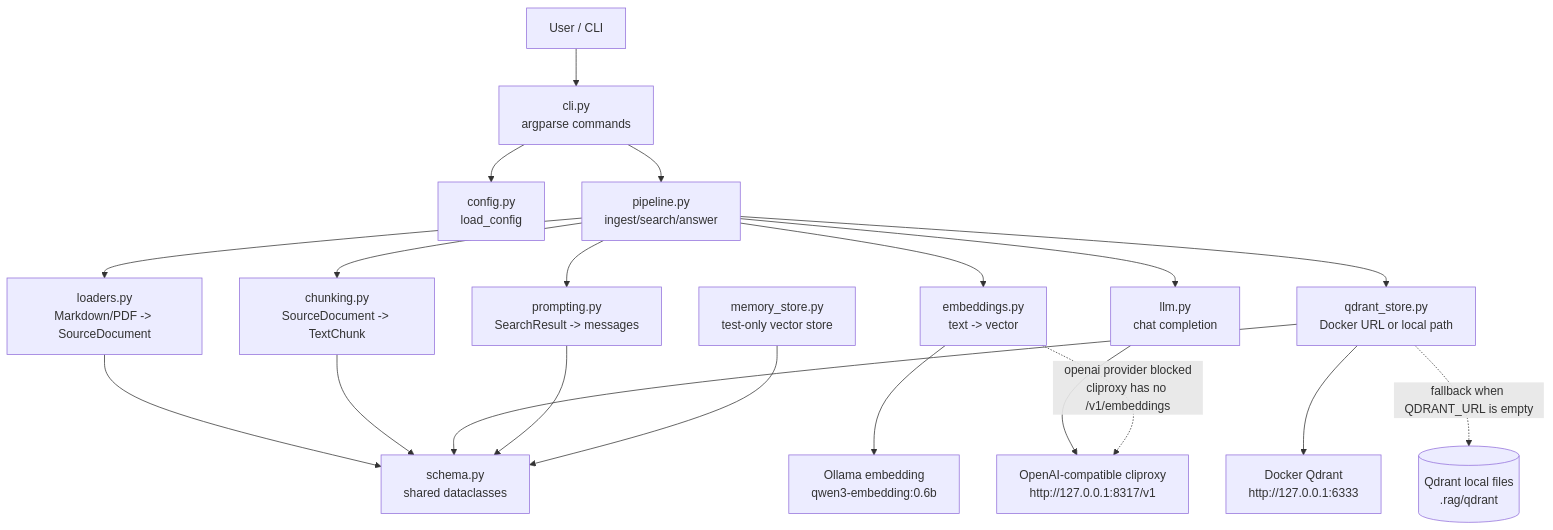
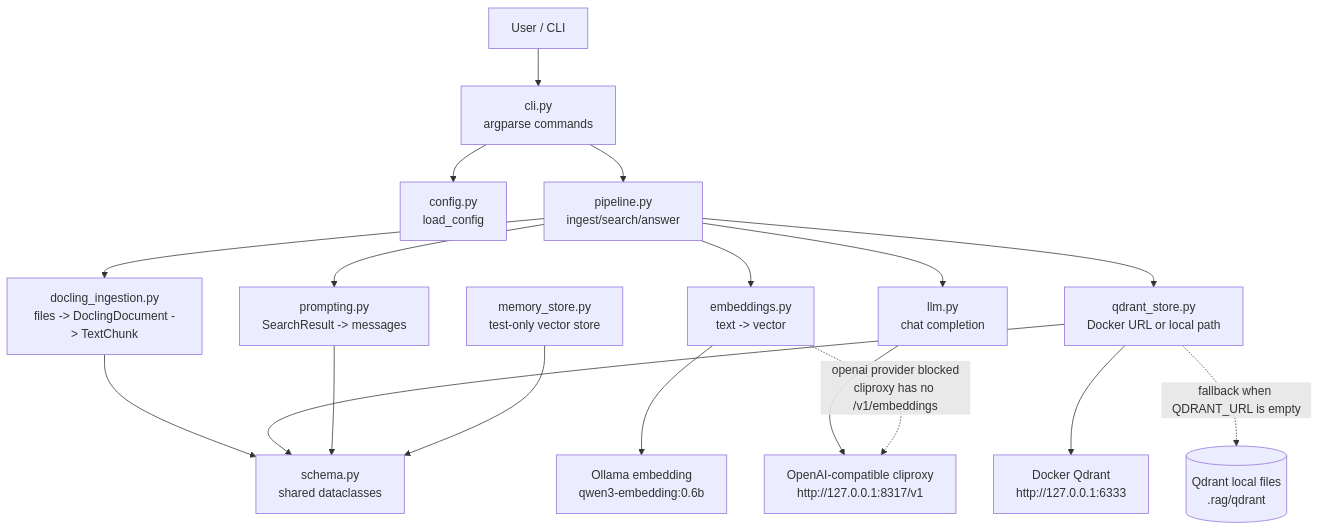
One commit to bighamD/obsidian-rag changed the second of 6 diagrams in docs/obsidian-rag-code-guide.md. Above: the diagram before and after it, drawn with Mermaid. The commit also changed other lines of this file and 35 other files, not shown here.

````diff
--- a/docs/obsidian-rag-code-guide.md
+++ b/docs/obsidian-rag-code-guide.md
@@ -105,25 +102,23 @@
 ```mermaid
 flowchart TB
     User["User / CLI"] --> CLI["cli.py<br/>argparse commands"]
     CLI --> Config["config.py<br/>load_config"]
     CLI --> Pipeline["pipeline.py<br/>ingest/search/answer"]
 
-    Pipeline --> Loaders["loaders.py<br/>Markdown/PDF -> SourceDocument"]
-    Pipeline --> Chunking["chunking.py<br/>SourceDocument -> TextChunk"]
+    Pipeline --> Docling["docling_ingestion.py<br/>files -> DoclingDocument -> TextChunk"]
     Pipeline --> Embeddings["embeddings.py<br/>text -> vector"]
     Pipeline --> Store["qdrant_store.py<br/>Docker URL or local path"]
     Pipeline --> Prompting["prompting.py<br/>SearchResult -> messages"]
     Pipeline --> LLM["llm.py<br/>chat completion"]
 
-    Loaders --> Schema["schema.py<br/>shared dataclasses"]
-    Chunking --> Schema
+    Docling --> Schema["schema.py<br/>shared dataclasses"]
     Store --> Schema
     Prompting --> Schema
     MemoryStore["memory_store.py<br/>test-only vector store"] --> Schema
 
     Store --> QdrantServer["Docker Qdrant<br/>http://127.0.0.1:6333"]
     Store -. "fallback when QDRANT_URL is empty" .-> QdrantLocal[("Qdrant local files<br/>.rag/qdrant")]
     LLM --> Cliproxy["OpenAI-compatible cliproxy<br/>http://127.0.0.1:8317/v1"]
     Embeddings --> Ollama["Ollama embedding<br/>qwen3-embedding:0.6b"]
     Embeddings -. "openai provider blocked<br/>cliproxy has no /v1/embeddings" .-> Cliproxy
 ```
````
